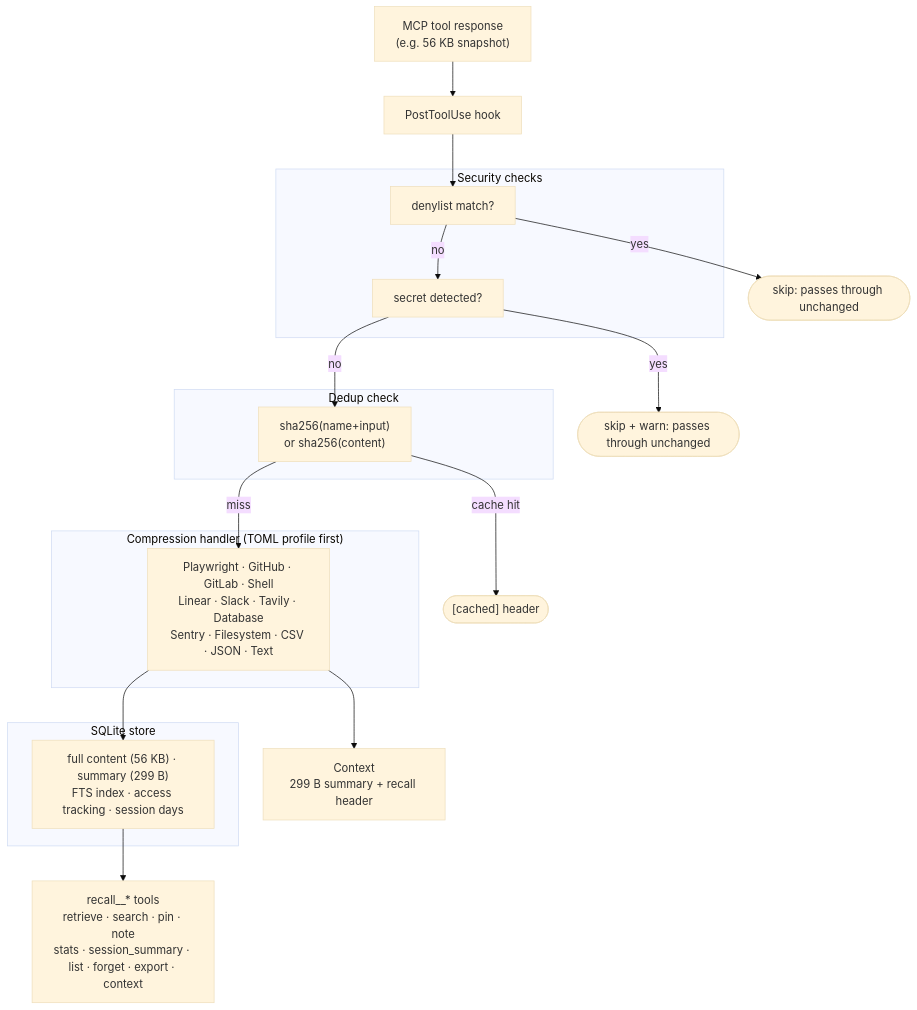
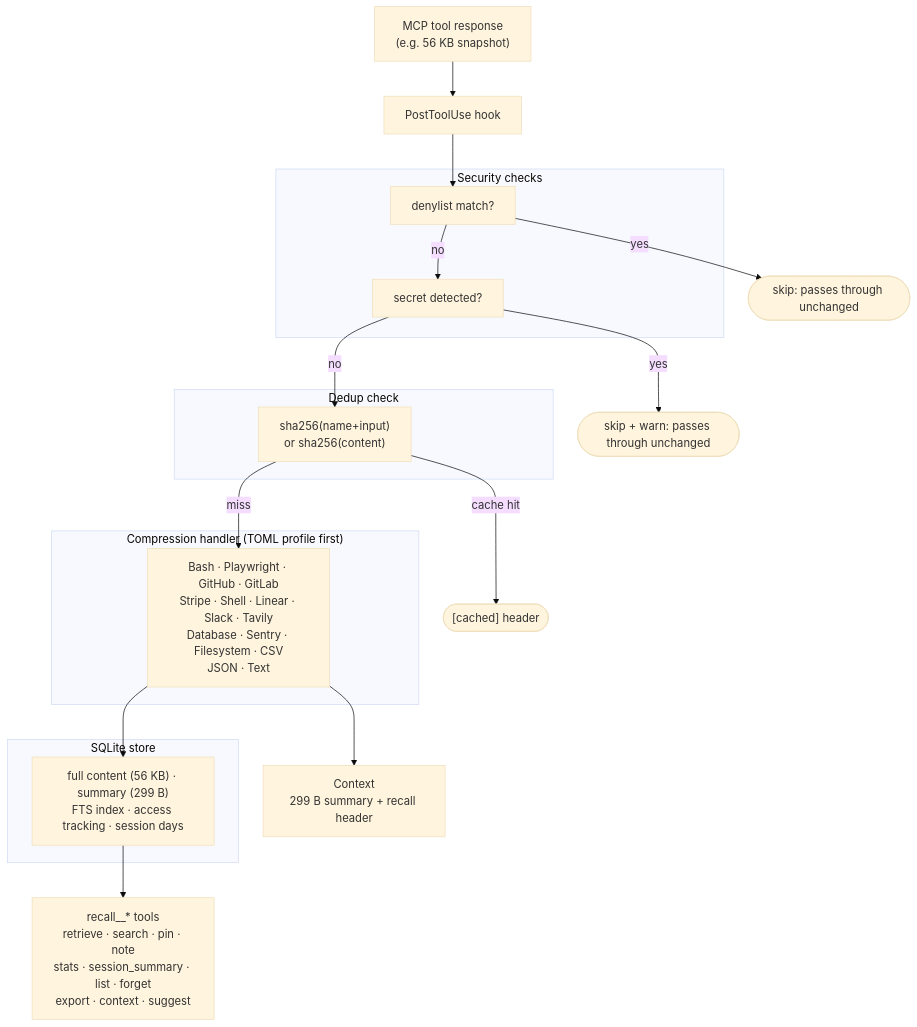
The third of 3 diagrams in README.md (sakebomb/mcp-recall), drawn with Mermaid (base theme) before and after one commit. The commit also changed other lines of this file and 19 other files, not shown here.

````diff
--- a/README.md
+++ b/README.md
@@ -69,35 +69,35 @@
 ```mermaid
 flowchart TD
     A["MCP tool response<br/>(e.g. 56 KB snapshot)"] --> B[PostToolUse hook]
 
     subgraph SEC["Security checks"]
         DENY[denylist match?]
         SCRT[secret detected?]
     end
 
     B --> DENY
     DENY -- yes --> P1([skip: passes through unchanged])
     DENY -- no --> SCRT
     SCRT -- yes --> P2([skip + warn: passes through unchanged])
     SCRT -- no --> DEDUP_N
 
     subgraph DEDUP["Dedup check"]
         DEDUP_N["sha256(name+input)<br/>or sha256(content)"]
     end
 
     DEDUP_N -- "cache hit" --> CACHED(["[cached] header"])
     DEDUP_N -- miss --> HAND_N
 
     subgraph HANDLER["Compression handler (TOML profile first)"]
-        HAND_N["Playwright · GitHub · GitLab · Shell<br/>Linear · Slack · Tavily · Database<br/>Sentry · Filesystem · CSV · JSON · Text"]
+        HAND_N["Bash · Playwright · GitHub · GitLab<br/>Stripe · Shell · Linear · Slack · Tavily<br/>Database · Sentry · Filesystem · CSV<br/>JSON · Text"]
     end
 
     HAND_N --> CTX["Context<br/>299 B summary + recall header"]
     HAND_N --> DB_N
 
     subgraph DB["SQLite store"]
         DB_N["full content (56 KB) · summary (299 B)<br/>FTS index · access tracking · session days"]
     end
 
-    DB_N --> TOOLS["recall__* tools<br/>retrieve · search · pin · note<br/>stats · session_summary · list · forget · export · context"]
+    DB_N --> TOOLS["recall__* tools<br/>retrieve · search · pin · note<br/>stats · session_summary · list · forget<br/>export · context · suggest"]
 ```
````
